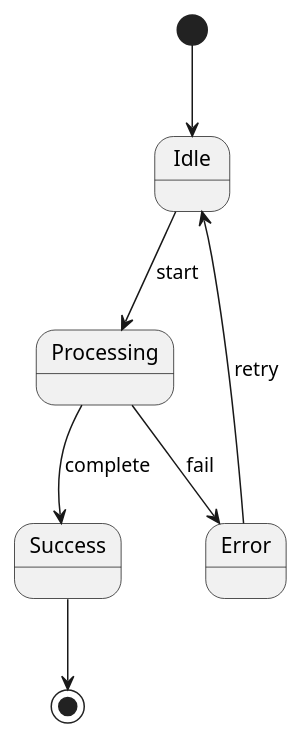
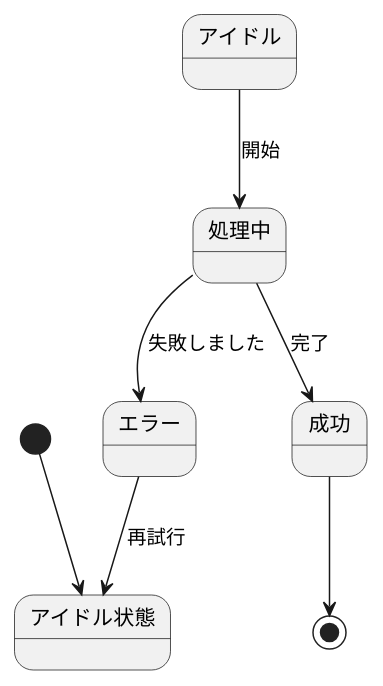
One commit to KojiTerashima/awesome-copilot changed the fifth of 9 diagrams in docs/ja/skills/plantuml-ascii/SKILL.md. Above: the diagram before and after it, drawn with PlantUML. The commit also changed other lines of this file and 349 other files, not shown here.

````diff
--- a/docs/ja/skills/plantuml-ascii/SKILL.md
+++ b/docs/ja/skills/plantuml-ascii/SKILL.md
@@ -135,10 +109,8 @@
-```plantuml
 @startuml
-[*] --> Idle
-Idle --> Processing : start
-Processing --> Success : complete
-Processing --> Error : fail
-Success --> [*]
-Error --> Idle : retry
+[*] --> アイドル状態
+アイドル --> 処理中: 開始
+処理中 --> 成功 : 完了
+処理中 --> エラー: 失敗しました
+成功 --> [*]
+エラー --> アイドル状態: 再試行
 @enduml
-```
````
